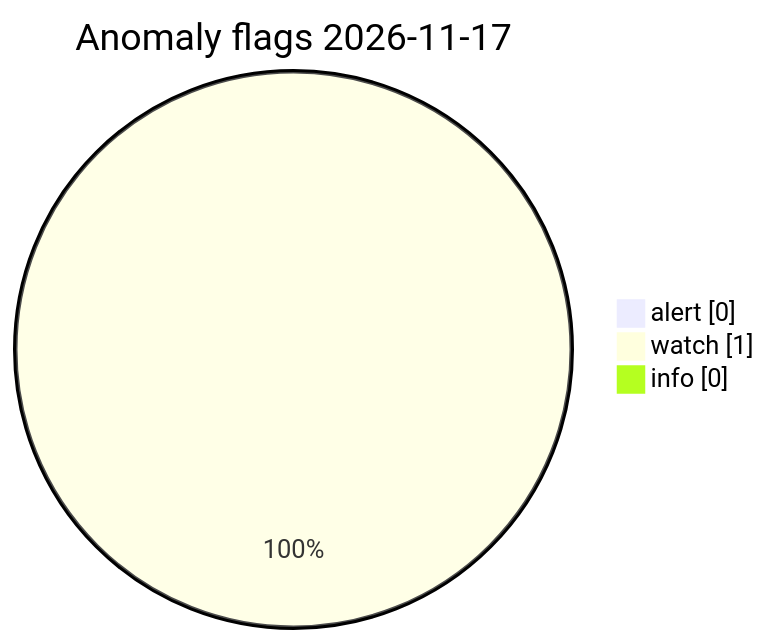
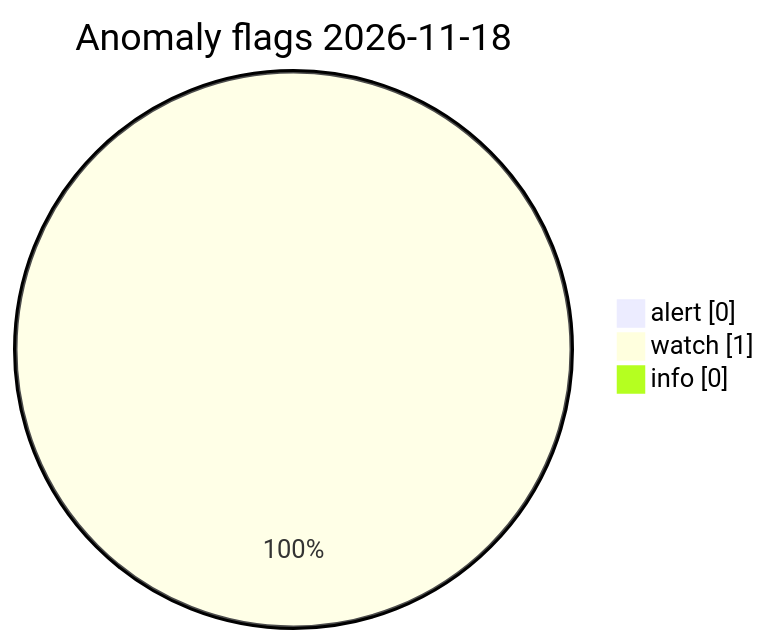
Before and after one commit to Midwest-Stratospheric/Unified-Open-Global-Weather: the diagram in visuals/latest/CHARTS.md, drawn with Mermaid. The commit also changed other lines of this file and 23 other files, not shown here.

Commit message:
data(visuals): automated charts 2026-11-18T13:34Z

````diff
--- a/visuals/latest/CHARTS.md
+++ b/visuals/latest/CHARTS.md
@@ -73,7 +73,7 @@
 ```mermaid
 pie showData
-  title Anomaly flags 2026-11-17
+  title Anomaly flags 2026-11-18
   "alert" : 0
   "watch" : 1
   "info" : 0
 ```
````
